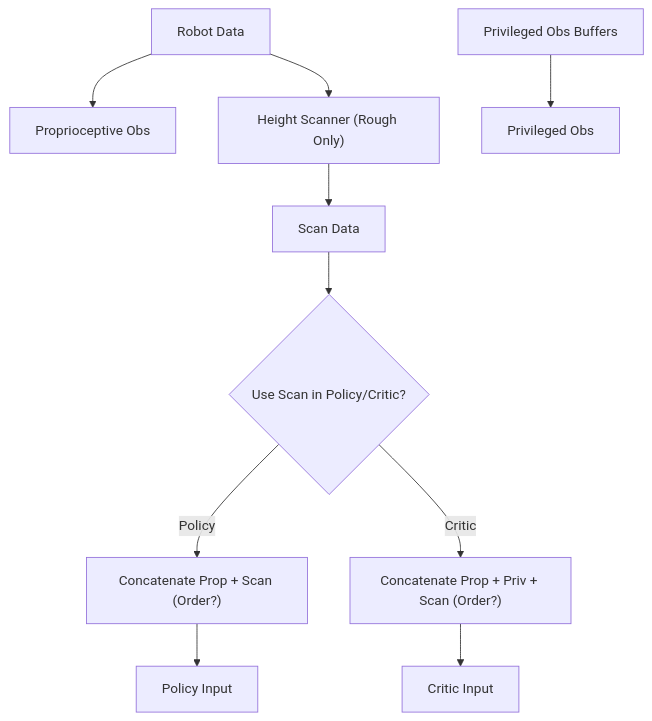
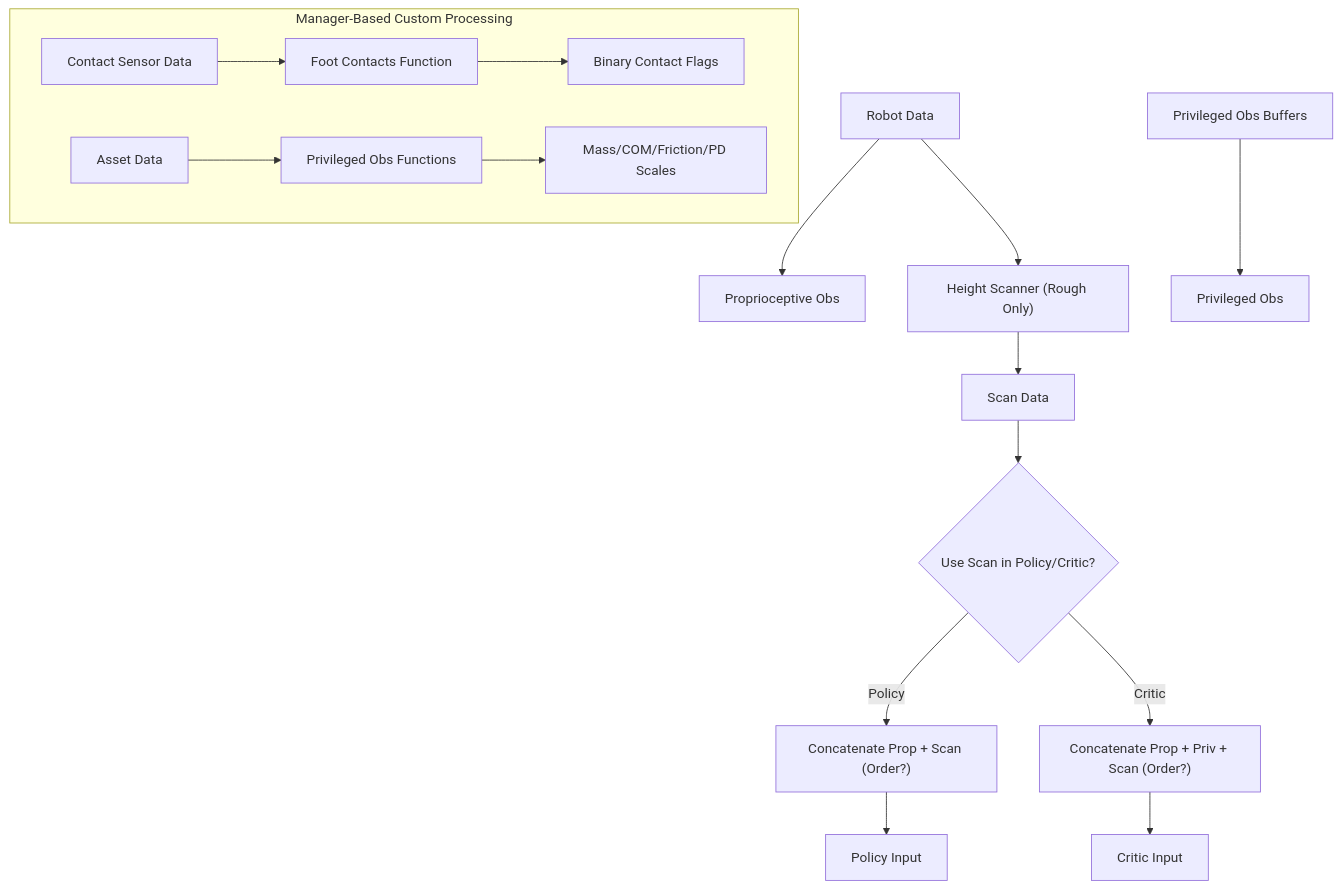
The fourth of 9 diagrams in .qoder/repowiki/en/content/Go2 Environment System/Go2 Environment System.md (jayjayhust/extreme-quadruped-parkour), drawn with Mermaid before and after one commit. The commit also changed other lines of this file and 444 other files, not shown here.

Commit message:
enable raycaster sensor and contact sensor debug visualizer

````diff
--- a/.qoder/repowiki/en/content/Go2 Environment System/Go2 Environment System.md
+++ b/.qoder/repowiki/en/content/Go2 Environment System/Go2 Environment System.md
@@ -183,12 +271,18 @@
 ```mermaid
 flowchart TD
 A["Robot Data"] --> B["Proprioceptive Obs"]
 A --> C["Height Scanner (Rough Only)"]
 C --> D["Scan Data"]
 E["Privileged Obs Buffers"] --> F["Privileged Obs"]
 D --> G{"Use Scan in Policy/Critic?"}
 G --> |Policy| H["Concatenate Prop + Scan (Order?)"]
 G --> |Critic| I["Concatenate Prop + Priv + Scan (Order?)"]
 H --> J["Policy Input"]
 I --> K["Critic Input"]
+subgraph "Manager-Based Custom Processing"
+L["Contact Sensor Data"] --> M["Foot Contacts Function"]
+N["Asset Data"] --> O["Privileged Obs Functions"]
+M --> P["Binary Contact Flags"]
+O --> Q["Mass/COM/Friction/PD Scales"]
+end
 ```
````
